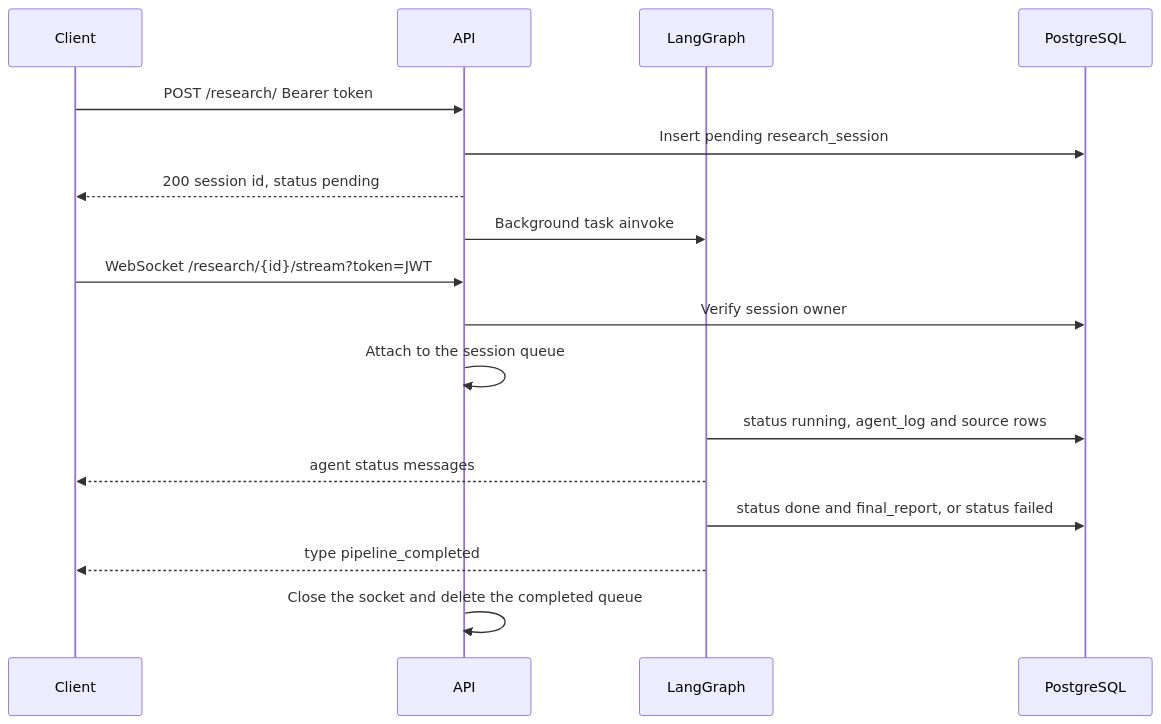
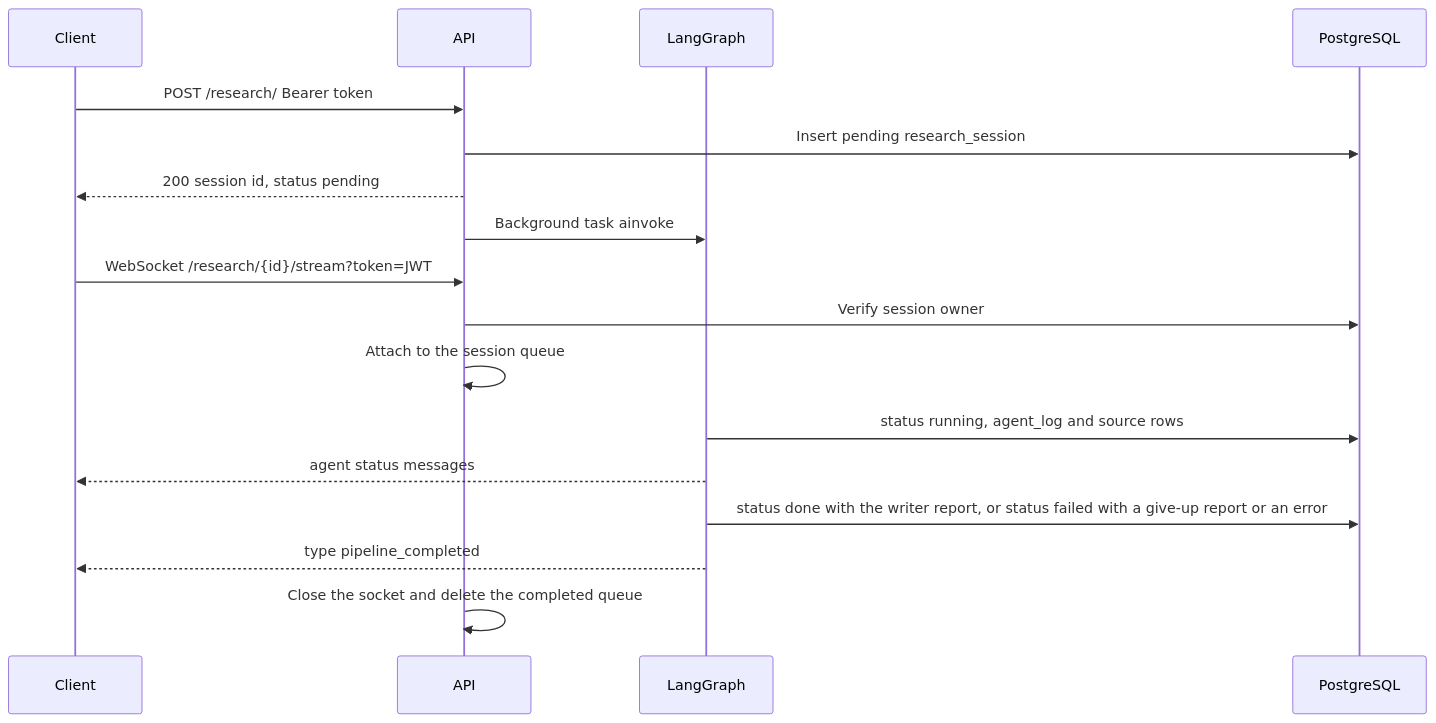
One commit to raosam23/query-nest-backend changed the second of 2 diagrams in README.md. Above: the diagram before and after it, drawn with Mermaid. The commit also changed other lines of this file and 4 other files, not shown here.

First line of the commit message:
fix: report search and summarizer give-ups as failed runs (#3)

````diff
--- a/README.md
+++ b/README.md
@@ -84,20 +86,20 @@
 ```mermaid
 sequenceDiagram
     participant Client
     participant API
     participant Graph as LangGraph
     participant DB as PostgreSQL
 
     Client->>API: POST /research/ Bearer token
     API->>DB: Insert pending research_session
     API-->>Client: 200 session id, status pending
     API->>Graph: Background task ainvoke
     Client->>API: WebSocket /research/{id}/stream?token=JWT
     API->>DB: Verify session owner
     API->>API: Attach to the session queue
     Graph->>DB: status running, agent_log and source rows
     Graph-->>Client: agent status messages
-    Graph->>DB: status done and final_report, or status failed
+    Graph->>DB: status done with the writer report, or status failed with a give-up report or an error
     Graph-->>Client: type pipeline_completed
     API->>API: Close the socket and delete the completed queue
 ```
````
